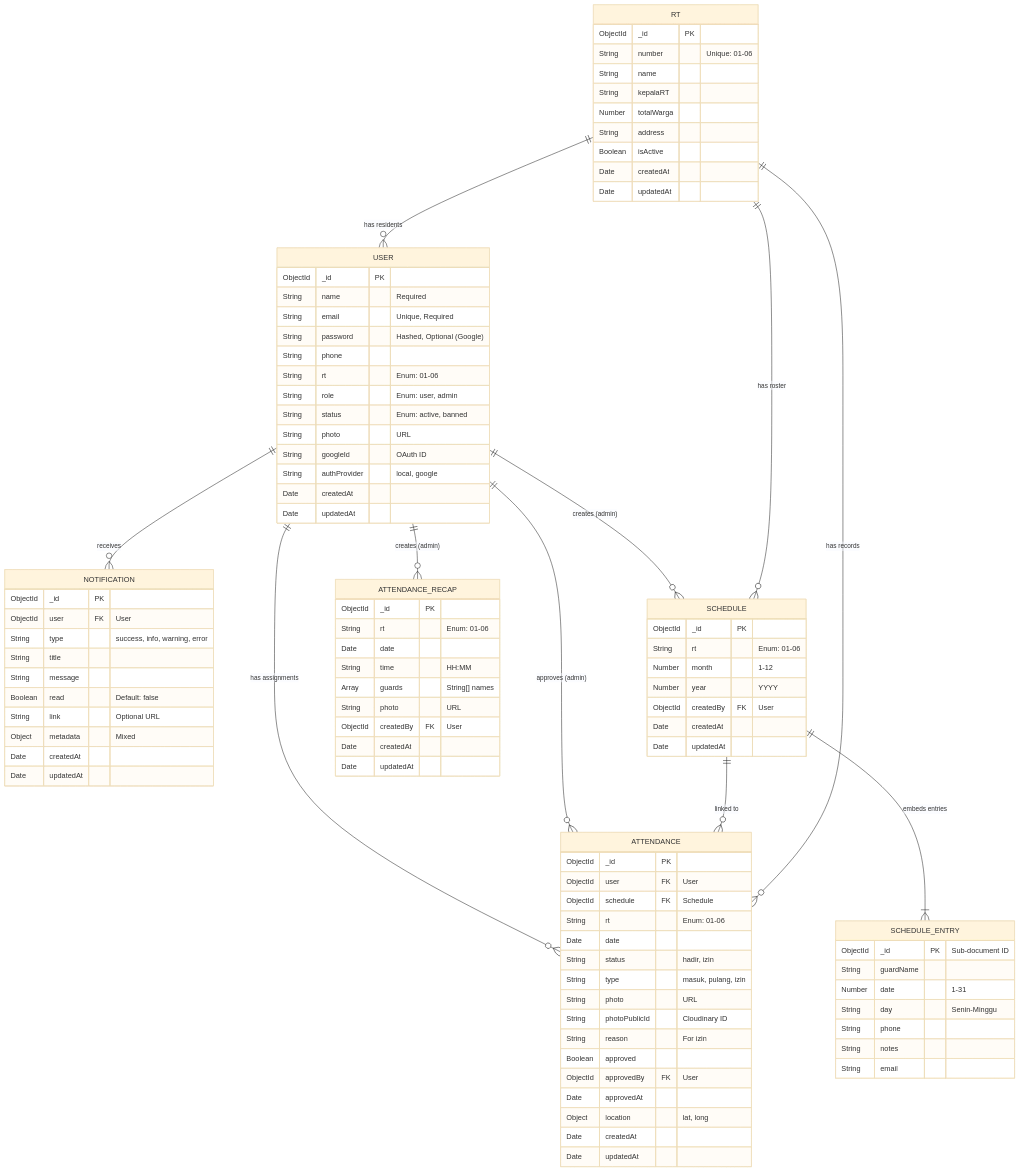
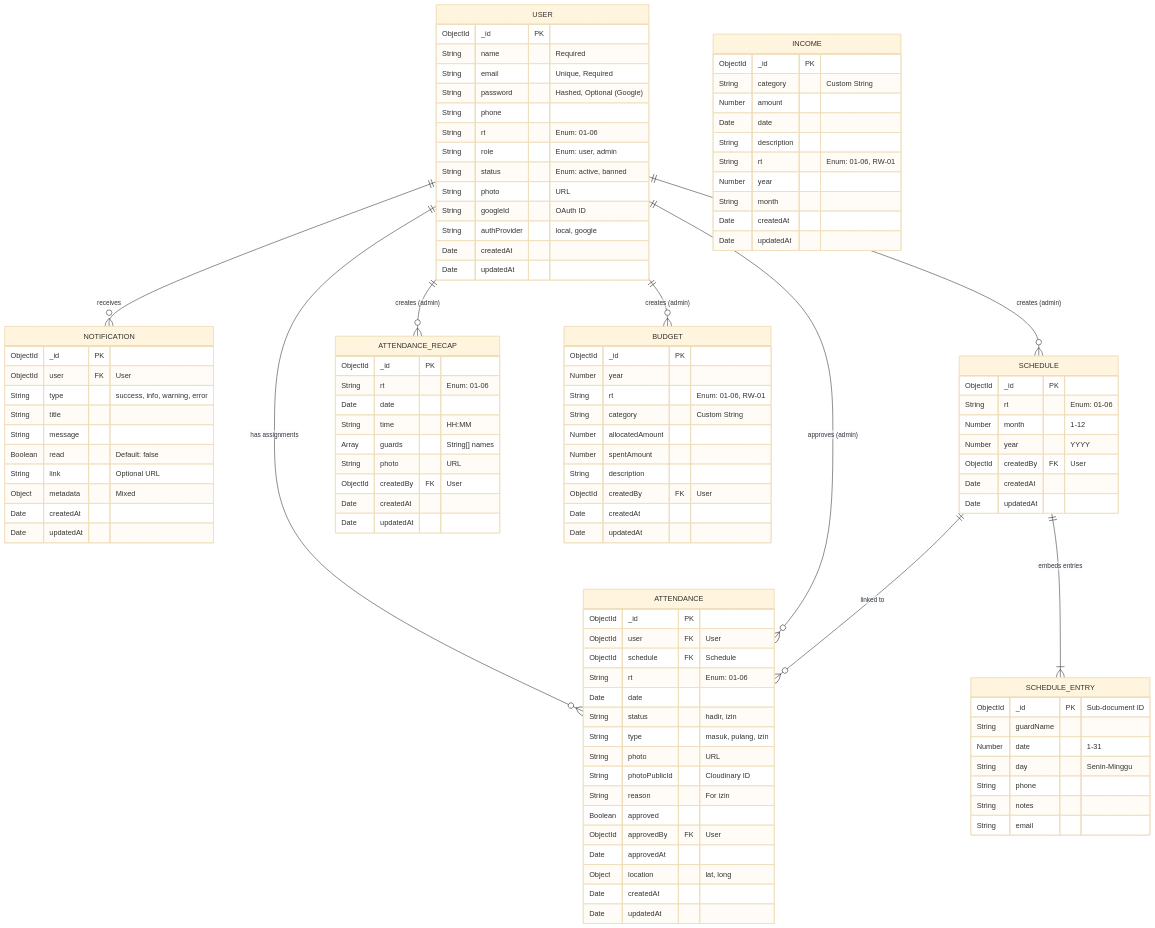
One commit to ChalvinJulianSusanto/UKK-JagaKampung changed the diagram in DATABASE_SCHEMA.md. Above: the diagram before and after it, drawn with Mermaid (base theme). The commit also changed other lines of this file and 8 other files, not shown here.

```diff
--- a/DATABASE_SCHEMA.md
+++ b/DATABASE_SCHEMA.md
@@ -15,12 +15,10 @@
     USER ||--o{ ATTENDANCE_RECAP : "creates (admin)"
     USER ||--o{ ATTENDANCE : "approves (admin)"
 
+    USER ||--o{ BUDGET : "creates (admin)"
+
     SCHEDULE ||--|{ SCHEDULE_ENTRY : "embeds entries"
     SCHEDULE ||--o{ ATTENDANCE : "linked to"
-
-    RT ||--o{ USER : "has residents"
-    RT ||--o{ SCHEDULE : "has roster"
-    RT ||--o{ ATTENDANCE : "has records"
 
     %% Entity Definitions
 
@@ -104,14 +102,28 @@
         Date updatedAt
     }
 
-    RT {
+    INCOME {
         ObjectId _id PK
-        String number "Unique: 01-06"
-        String name
-        String kepalaRT
-        Number totalWarga
-        String address
-        Boolean isActive
+        String category "Custom String"
+        Number amount
+        Date date
+        String description
+        String rt "Enum: 01-06, RW-01"
+        Number year
+        String month
+        Date createdAt
+        Date updatedAt
+    }
+
+    BUDGET {
+        ObjectId _id PK
+        Number year
+        String rt "Enum: 01-06, RW-01"
+        String category "Custom String"
+        Number allocatedAmount
+        Number spentAmount
+        String description
+        ObjectId createdBy FK "User"
         Date createdAt
         Date updatedAt
     }
```
